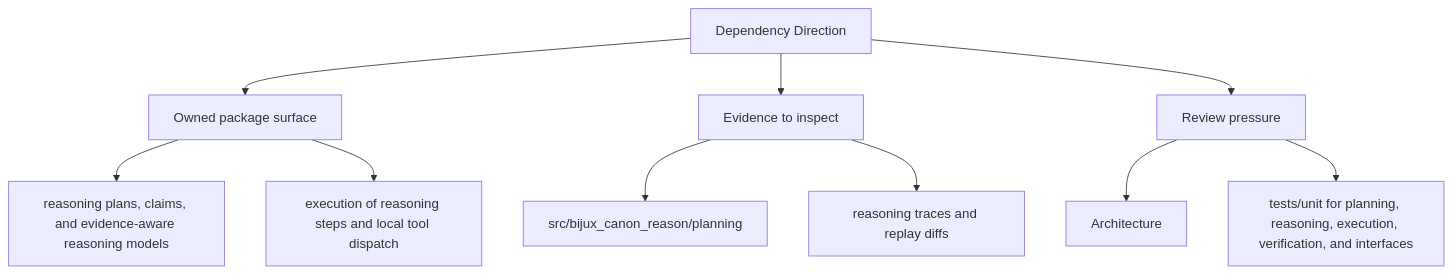
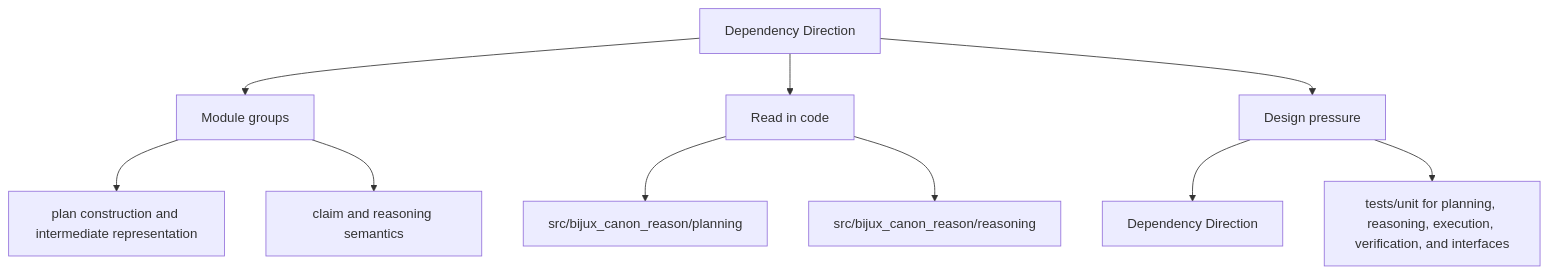
Before and after one commit to bijux/bijux-canon: the second of 2 diagrams in docs/bijux-canon-reason/architecture/dependency-direction.md, drawn with Mermaid. The commit also changed other lines of this file and 250 other files, not shown here.

Commit message:
docs(diagrams): make product page maps more readable

````diff
--- a/docs/bijux-canon-reason/architecture/dependency-direction.md
+++ b/docs/bijux-canon-reason/architecture/dependency-direction.md
@@ -35,22 +35,22 @@
 ```mermaid
 flowchart TD
     page["Dependency Direction"]
-    focus1["Owned package surface"]
+    focus1["Module groups"]
     page --> focus1
-    focus1_1["reasoning plans, claims, and evidence-aware reasoning models"]
+    focus1_1["plan construction and intermediate representation"]
     focus1 --> focus1_1
-    focus1_2["execution of reasoning steps and local tool dispatch"]
+    focus1_2["claim and reasoning semantics"]
     focus1 --> focus1_2
-    focus2["Evidence to inspect"]
+    focus2["Read in code"]
     page --> focus2
     focus2_1["src/bijux_canon_reason/planning"]
     focus2 --> focus2_1
-    focus2_2["reasoning traces and replay diffs"]
+    focus2_2["src/bijux_canon_reason/reasoning"]
     focus2 --> focus2_2
-    focus3["Review pressure"]
+    focus3["Design pressure"]
     page --> focus3
-    focus3_1["Architecture"]
+    focus3_1["Dependency Direction"]
     focus3 --> focus3_1
     focus3_2["tests/unit for planning, reasoning, execution, verification, and interfaces"]
     focus3 --> focus3_2
 ```
````
